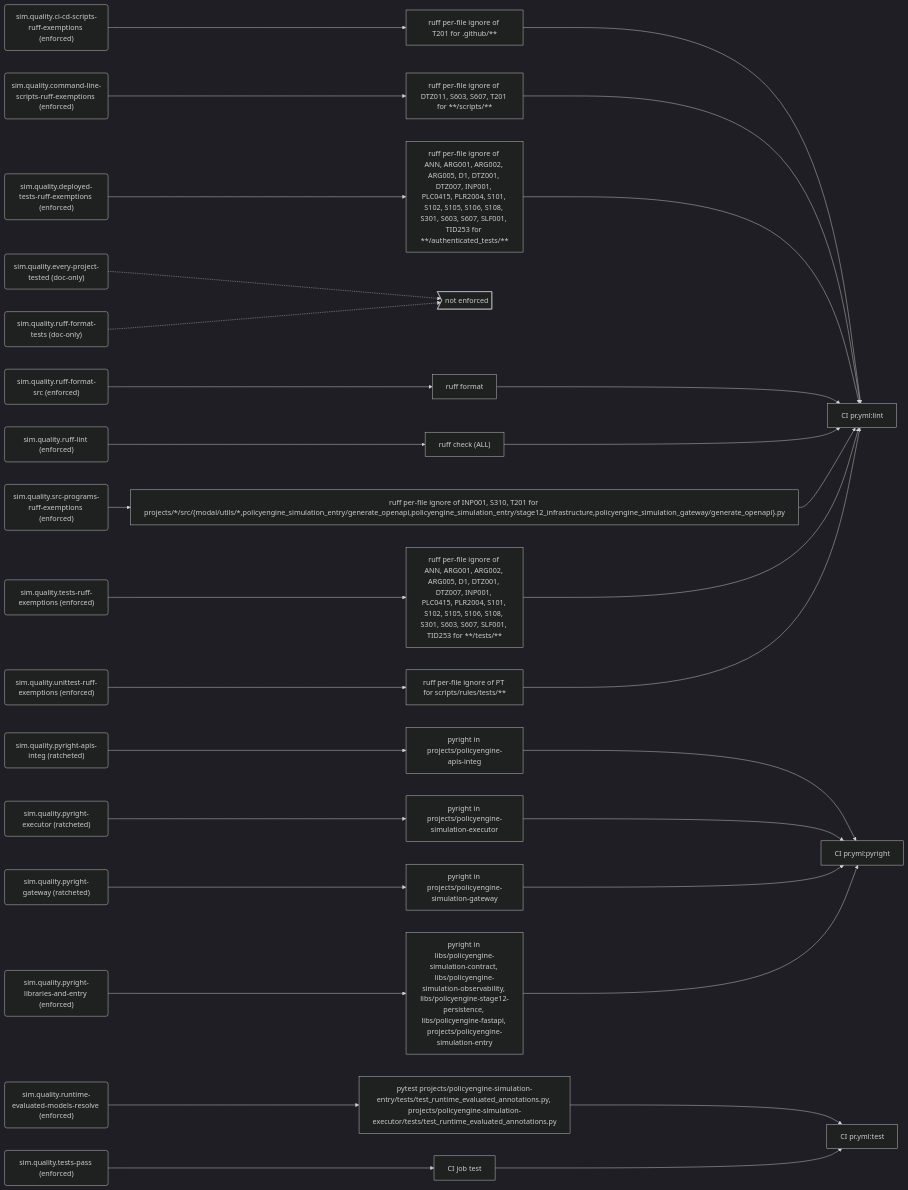
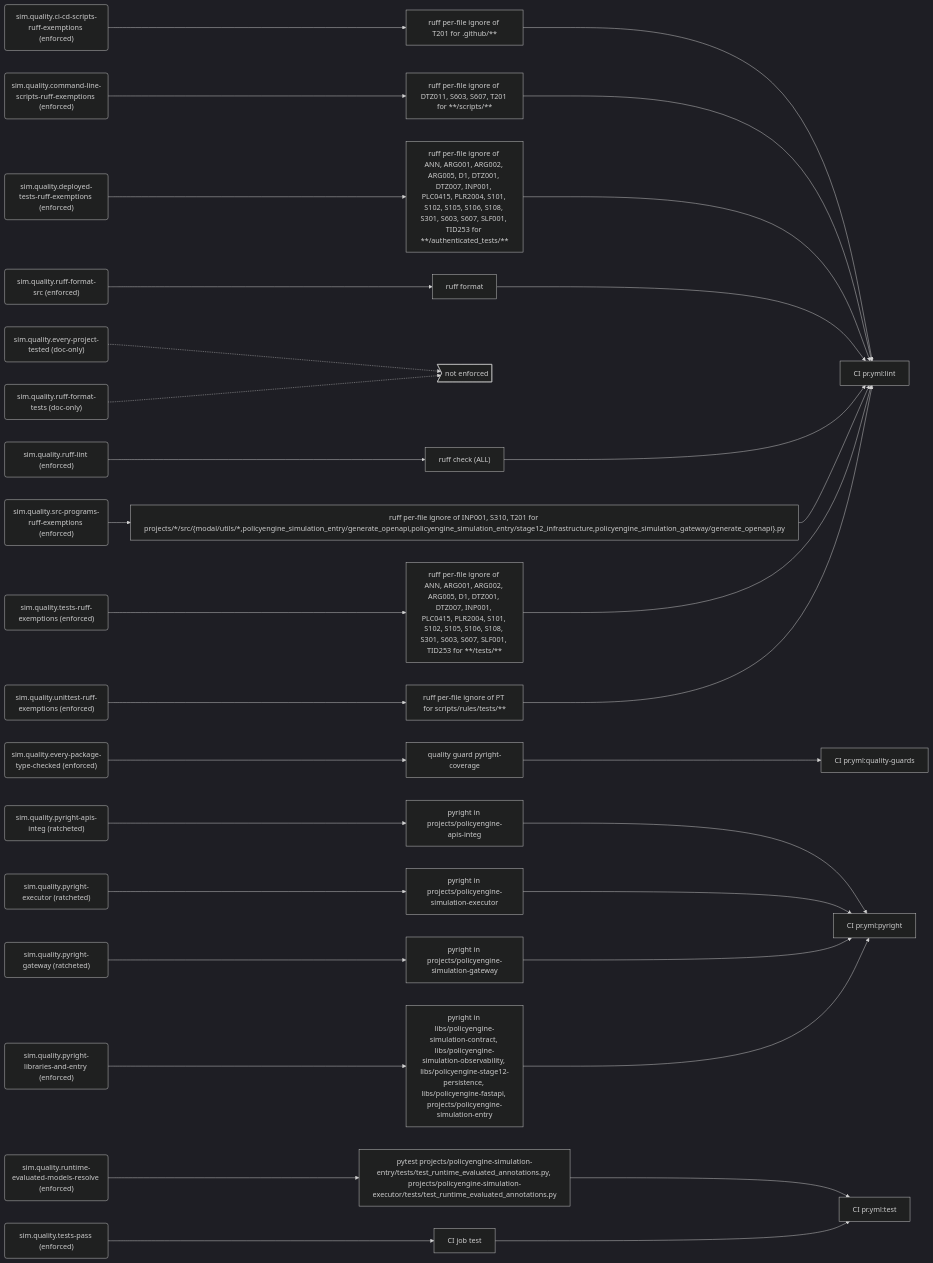
One commit to PolicyEngine/policyengine-sim-api changed the seventh of 9 diagrams in docs/generated/rules.md. Above: the diagram before and after it, drawn with Mermaid (dark theme). The commit also changed other lines of this file and 16 other files, not shown here.

First line of the commit message:
Fail the quality guards when a package has no Pyright rule

````diff
--- a/docs/generated/rules.md
+++ b/docs/generated/rules.md
@@ -302,67 +303,72 @@
 ```mermaid
 flowchart LR
   r_sim_quality_ci_cd_scripts_ruff_exemptions("sim.quality.ci-cd-scripts-ruff-exemptions (enforced)")
   e_ruff_per_file_ignore_of_T201_for__github___["ruff per-file ignore of T201 for .github/**"]
   j_CI_pr_yml_lint["CI pr.yml:lint"]
   r_sim_quality_command_line_scripts_ruff_exemptions("sim.quality.command-line-scripts-ruff-exemptions (enforced)")
   e_ruff_per_file_ignore_of_DTZ011__S603__S607__T201_for____scripts___["ruff per-file ignore of DTZ011, S603, S607, T201 for **/scripts/**"]
   r_sim_quality_deployed_tests_ruff_exemptions("sim.quality.deployed-tests-ruff-exemptions (enforced)")
   e_ruff_per_file_ignore_of_ANN__ARG001__ARG002__ARG005__D1__DTZ001__DTZ007__INP001__PLC0415__PLR2004__S101__S102__S105__S106__S108__S301__S603__S607__SLF001__TID253_for____authenticated_tests___["ruff per-file ignore of ANN, ARG001, ARG002, ARG005, D1, DTZ001, DTZ007, INP001, PLC0415, PLR2004, S101, S102, S105, S106, S108, S301, S603, S607, SLF001, TID253 for **/authenticated_tests/**"]
+  r_sim_quality_every_package_type_checked("sim.quality.every-package-type-checked (enforced)")
+  e_quality_guard_pyright_coverage["quality guard pyright-coverage"]
+  j_CI_pr_yml_quality_guards["CI pr.yml:quality-guards"]
   r_sim_quality_every_project_tested("sim.quality.every-project-tested (doc-only)")
   gap_unenforced>"not enforced"]
   r_sim_quality_pyright_apis_integ("sim.quality.pyright-apis-integ (ratcheted)")
   e_pyright_in_projects_policyengine_apis_integ["pyright in projects/policyengine-apis-integ"]
   j_CI_pr_yml_pyright["CI pr.yml:pyright"]
   r_sim_quality_pyright_executor("sim.quality.pyright-executor (ratcheted)")
   e_pyright_in_projects_policyengine_simulation_executor["pyright in projects/policyengine-simulation-executor"]
   r_sim_quality_pyright_gateway("sim.quality.pyright-gateway (ratcheted)")
   e_pyright_in_projects_policyengine_simulation_gateway["pyright in projects/policyengine-simulation-gateway"]
   r_sim_quality_pyright_libraries_and_entry("sim.quality.pyright-libraries-and-entry (enforced)")
   e_pyright_in_libs_policyengine_simulation_contract__libs_policyengine_simulation_observability__libs_policyengine_stage12_persistence__libs_policyengine_fastapi__projects_policyengine_simulation_entry["pyright in libs/policyengine-simulation-contract, libs/policyengine-simulation-observability, libs/policyengine-stage12-persistence, libs/policyengine-fastapi, projects/policyengine-simulation-entry"]
   r_sim_quality_ruff_format_src("sim.quality.ruff-format-src (enforced)")
   e_ruff_format["ruff format"]
   r_sim_quality_ruff_format_tests("sim.quality.ruff-format-tests (doc-only)")
   r_sim_quality_ruff_lint("sim.quality.ruff-lint (enforced)")
   e_ruff_check__ALL_["ruff check (ALL)"]
   r_sim_quality_runtime_evaluated_models_resolve("sim.quality.runtime-evaluated-models-resolve (enforced)")
   e_pytest_projects_policyengine_simulation_entry_tests_test_runtime_evaluated_annotations_py__projects_policyengine_simulation_executor_tests_test_runtime_evaluated_annotations_py["pytest projects/policyengine-simulation-entry/tests/test_runtime_evaluated_annotations.py, projects/policyengine-simulation-executor/tests/test_runtime_evaluated_annotations.py"]
   j_CI_pr_yml_test["CI pr.yml:test"]
   r_sim_quality_src_programs_ruff_exemptions("sim.quality.src-programs-ruff-exemptions (enforced)")
   e_ruff_per_file_ignore_of_INP001__S310__T201_for_projects___src__modal_utils___policyengine_simulation_entry_generate_openapi_policyengine_simulation_entry_stage12_infrastructure_policyengine_simulation_gateway_generate_openapi__py["ruff per-file ignore of INP001, S310, T201 for projects/*/src/{modal/utils/*,policyengine_simulation_entry/generate_openapi,policyengine_simulation_entry/stage12_infrastructure,policyengine_simulation_gateway/generate_openapi}.py"]
   r_sim_quality_tests_pass("sim.quality.tests-pass (enforced)")
   e_CI_job_test["CI job test"]
   r_sim_quality_tests_ruff_exemptions("sim.quality.tests-ruff-exemptions (enforced)")
   e_ruff_per_file_ignore_of_ANN__ARG001__ARG002__ARG005__D1__DTZ001__DTZ007__INP001__PLC0415__PLR2004__S101__S102__S105__S106__S108__S301__S603__S607__SLF001__TID253_for____tests___["ruff per-file ignore of ANN, ARG001, ARG002, ARG005, D1, DTZ001, DTZ007, INP001, PLC0415, PLR2004, S101, S102, S105, S106, S108, S301, S603, S607, SLF001, TID253 for **/tests/**"]
   r_sim_quality_unittest_ruff_exemptions("sim.quality.unittest-ruff-exemptions (enforced)")
   e_ruff_per_file_ignore_of_PT_for_scripts_rules_tests___["ruff per-file ignore of PT for scripts/rules/tests/**"]
   r_sim_quality_ci_cd_scripts_ruff_exemptions --> e_ruff_per_file_ignore_of_T201_for__github___
   e_ruff_per_file_ignore_of_T201_for__github___ --> j_CI_pr_yml_lint
   r_sim_quality_command_line_scripts_ruff_exemptions --> e_ruff_per_file_ignore_of_DTZ011__S603__S607__T201_for____scripts___
   e_ruff_per_file_ignore_of_DTZ011__S603__S607__T201_for____scripts___ --> j_CI_pr_yml_lint
   r_sim_quality_deployed_tests_ruff_exemptions --> e_ruff_per_file_ignore_of_ANN__ARG001__ARG002__ARG005__D1__DTZ001__DTZ007__INP001__PLC0415__PLR2004__S101__S102__S105__S106__S108__S301__S603__S607__SLF001__TID253_for____authenticated_tests___
   e_ruff_per_file_ignore_of_ANN__ARG001__ARG002__ARG005__D1__DTZ001__DTZ007__INP001__PLC0415__PLR2004__S101__S102__S105__S106__S108__S301__S603__S607__SLF001__TID253_for____authenticated_tests___ --> j_CI_pr_yml_lint
+  r_sim_quality_every_package_type_checked --> e_quality_guard_pyright_coverage
+  e_quality_guard_pyright_coverage --> j_CI_pr_yml_quality_guards
   r_sim_quality_every_project_tested -.-> gap_unenforced
   r_sim_quality_pyright_apis_integ --> e_pyright_in_projects_policyengine_apis_integ
   e_pyright_in_projects_policyengine_apis_integ --> j_CI_pr_yml_pyright
   r_sim_quality_pyright_executor --> e_pyright_in_projects_policyengine_simulation_executor
   e_pyright_in_projects_policyengine_simulation_executor --> j_CI_pr_yml_pyright
   r_sim_quality_pyright_gateway --> e_pyright_in_projects_policyengine_simulation_gateway
   e_pyright_in_projects_policyengine_simulation_gateway --> j_CI_pr_yml_pyright
   r_sim_quality_pyright_libraries_and_entry --> e_pyright_in_libs_policyengine_simulation_contract__libs_policyengine_simulation_observability__libs_policyengine_stage12_persistence__libs_policyengine_fastapi__projects_policyengine_simulation_entry
   e_pyright_in_libs_policyengine_simulation_contract__libs_policyengine_simulation_observability__libs_policyengine_stage12_persistence__libs_policyengine_fastapi__projects_policyengine_simulation_entry --> j_CI_pr_yml_pyright
   r_sim_quality_ruff_format_src --> e_ruff_format
   e_ruff_format --> j_CI_pr_yml_lint
   r_sim_quality_ruff_format_tests -.-> gap_unenforced
   r_sim_quality_ruff_lint --> e_ruff_check__ALL_
   e_ruff_check__ALL_ --> j_CI_pr_yml_lint
   r_sim_quality_runtime_evaluated_models_resolve --> e_pytest_projects_policyengine_simulation_entry_tests_test_runtime_evaluated_annotations_py__projects_policyengine_simulation_executor_tests_test_runtime_evaluated_annotations_py
   e_pytest_projects_policyengine_simulation_entry_tests_test_runtime_evaluated_annotations_py__projects_policyengine_simulation_executor_tests_test_runtime_evaluated_annotations_py --> j_CI_pr_yml_test
   r_sim_quality_src_programs_ruff_exemptions --> e_ruff_per_file_ignore_of_INP001__S310__T201_for_projects___src__modal_utils___policyengine_simulation_entry_generate_openapi_policyengine_simulation_entry_stage12_infrastructure_policyengine_simulation_gateway_generate_openapi__py
   e_ruff_per_file_ignore_of_INP001__S310__T201_for_projects___src__modal_utils___policyengine_simulation_entry_generate_openapi_policyengine_simulation_entry_stage12_infrastructure_policyengine_simulation_gateway_generate_openapi__py --> j_CI_pr_yml_lint
   r_sim_quality_tests_pass --> e_CI_job_test
   e_CI_job_test --> j_CI_pr_yml_test
   r_sim_quality_tests_ruff_exemptions --> e_ruff_per_file_ignore_of_ANN__ARG001__ARG002__ARG005__D1__DTZ001__DTZ007__INP001__PLC0415__PLR2004__S101__S102__S105__S106__S108__S301__S603__S607__SLF001__TID253_for____tests___
   e_ruff_per_file_ignore_of_ANN__ARG001__ARG002__ARG005__D1__DTZ001__DTZ007__INP001__PLC0415__PLR2004__S101__S102__S105__S106__S108__S301__S603__S607__SLF001__TID253_for____tests___ --> j_CI_pr_yml_lint
   r_sim_quality_unittest_ruff_exemptions --> e_ruff_per_file_ignore_of_PT_for_scripts_rules_tests___
   e_ruff_per_file_ignore_of_PT_for_scripts_rules_tests___ --> j_CI_pr_yml_lint
 ```
````
